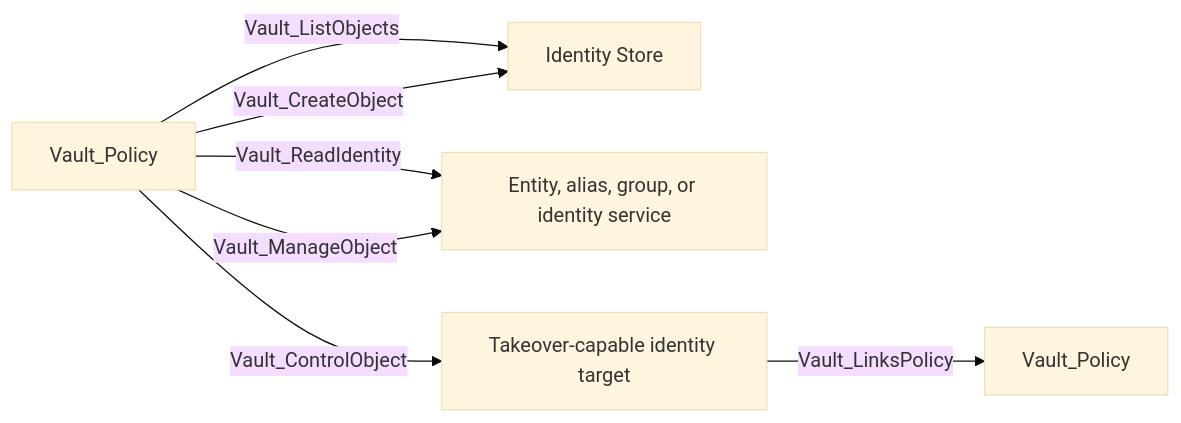
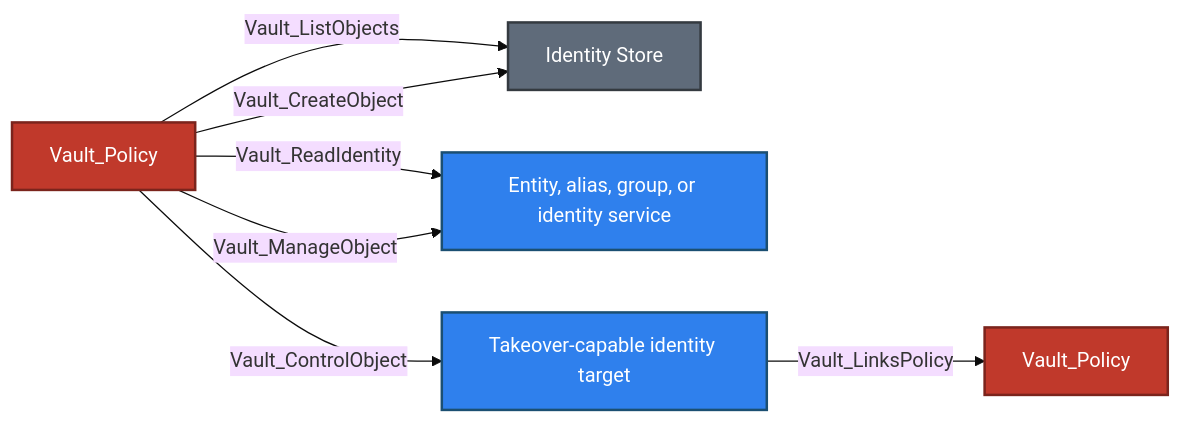
One commit to bytewreck/opengraph-vault changed the third of 11 diagrams in Documentation/stores/IDENTITY.md. Above: the diagram before and after it, drawn with Mermaid (base theme). The commit also changed other lines of this file and 4 other files, not shown here.

````diff
--- a/Documentation/stores/IDENTITY.md
+++ b/Documentation/stores/IDENTITY.md
@@ -72,9 +88,13 @@
 ```mermaid
 flowchart LR
-    policy[Vault_Policy] -->|Vault_ListObjects| store[Identity Store]
+    policy[Vault_Policy]:::policyNode -->|Vault_ListObjects| store[Identity Store]:::storeNode
     policy -->|Vault_CreateObject| store
-    policy -->|Vault_ReadIdentity| object[Entity, alias, group, or identity service]
+    policy -->|Vault_ReadIdentity| object[Entity, alias, group, or identity service]:::identityNode
     policy -->|Vault_ManageObject| object
-    policy -->|Vault_ControlObject| controlled[Takeover-capable identity target]
-    controlled -->|Vault_LinksPolicy| granted[Vault_Policy]
+    policy -->|Vault_ControlObject| controlled[Takeover-capable identity target]:::identityNode
+    controlled -->|Vault_LinksPolicy| granted[Vault_Policy]:::policyNode
+
+    classDef policyNode fill:#C0392B,color:#fff,stroke:#7B241C,stroke-width:2px
+    classDef storeNode fill:#5F6B7A,color:#fff,stroke:#343A40,stroke-width:2px
+    classDef identityNode fill:#2F80ED,color:#fff,stroke:#1B4F72,stroke-width:2px
 ```
````
